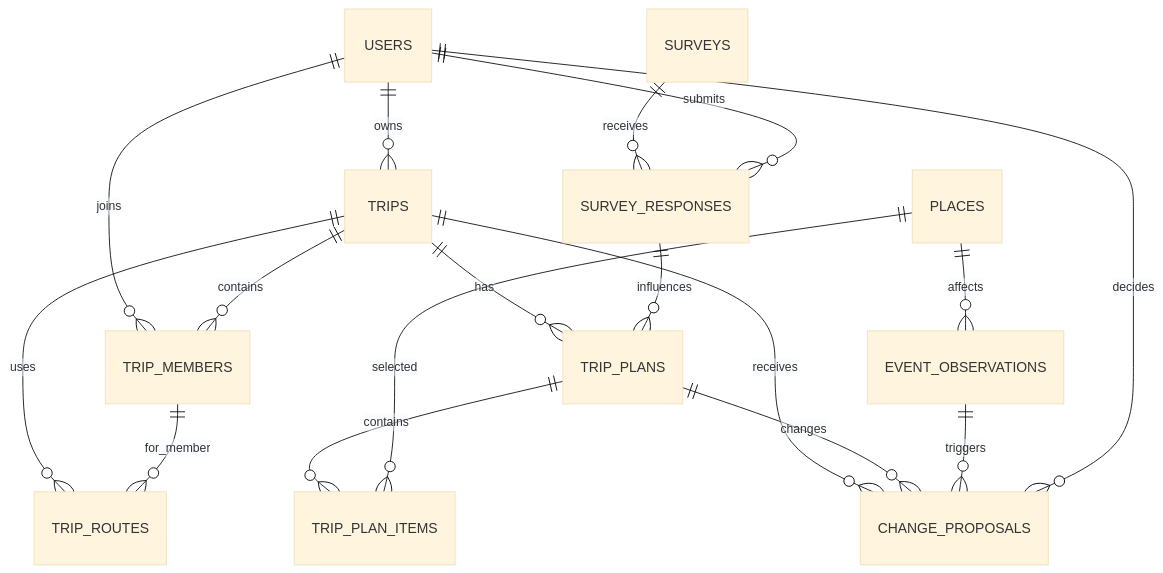
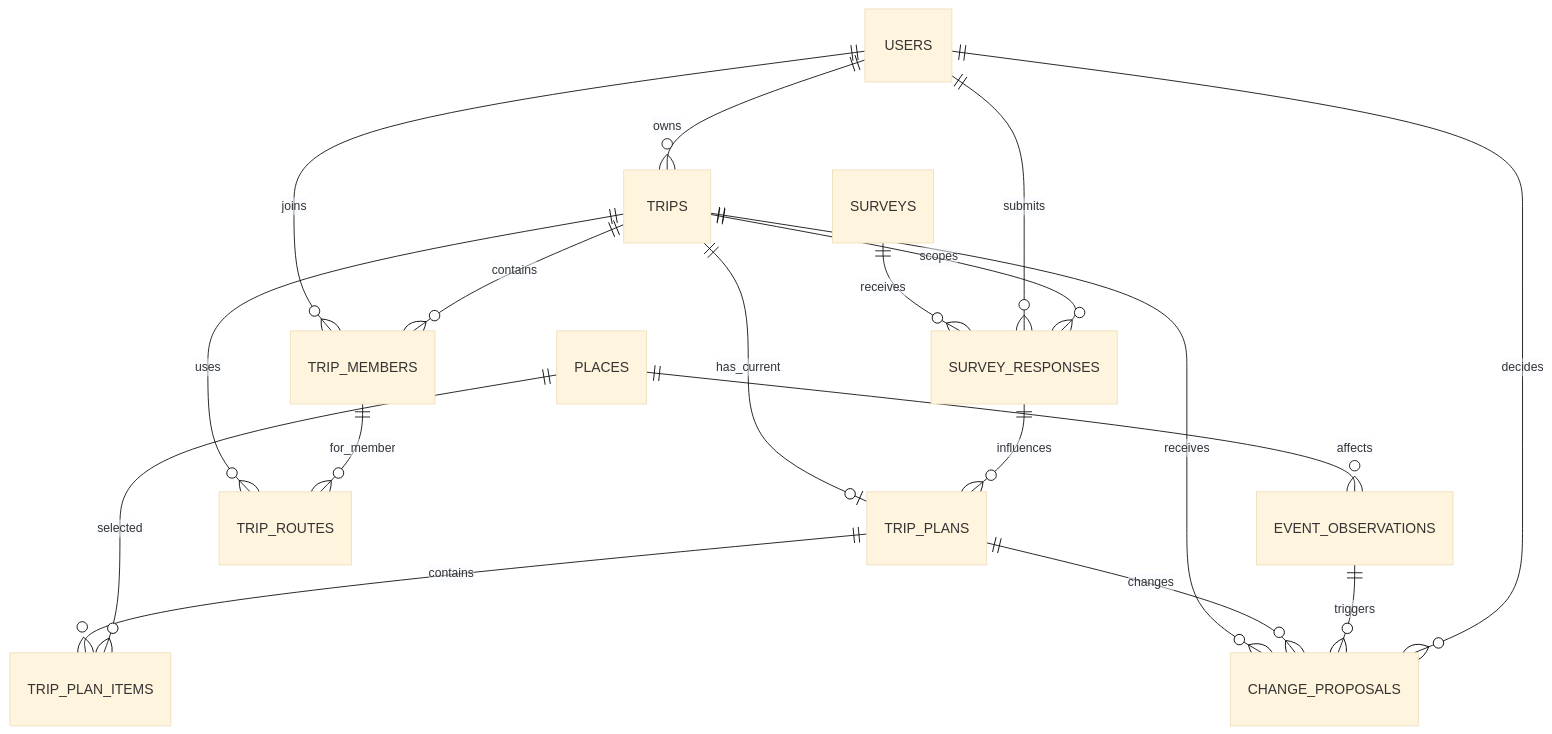
One commit to TEAM-DOONOW/Gayadi-Server changed the first of 3 diagrams in docs/architecture/gayadi-service-design.md. Above: the diagram before and after it, drawn with Mermaid (base theme). The commit also changed other lines of this file and 8 other files, not shown here.

````diff
--- a/docs/architecture/gayadi-service-design.md
+++ b/docs/architecture/gayadi-service-design.md
@@ -167,19 +167,20 @@
 ```mermaid
 erDiagram
     USERS ||--o{ TRIPS : owns
     USERS ||--o{ TRIP_MEMBERS : joins
     TRIPS ||--o{ TRIP_MEMBERS : contains
     SURVEYS ||--o{ SURVEY_RESPONSES : receives
     USERS ||--o{ SURVEY_RESPONSES : submits
-    TRIPS ||--o{ TRIP_PLANS : has
+    TRIPS ||--o{ SURVEY_RESPONSES : scopes
+    TRIPS ||--o| TRIP_PLANS : has_current
     SURVEY_RESPONSES ||--o{ TRIP_PLANS : influences
     TRIP_PLANS ||--o{ TRIP_PLAN_ITEMS : contains
     PLACES ||--o{ TRIP_PLAN_ITEMS : selected
     TRIPS ||--o{ TRIP_ROUTES : uses
     TRIP_MEMBERS ||--o{ TRIP_ROUTES : for_member
     PLACES ||--o{ EVENT_OBSERVATIONS : affects
     TRIPS ||--o{ CHANGE_PROPOSALS : receives
     TRIP_PLANS ||--o{ CHANGE_PROPOSALS : changes
     EVENT_OBSERVATIONS ||--o{ CHANGE_PROPOSALS : triggers
     USERS ||--o{ CHANGE_PROPOSALS : decides
 ```
````
